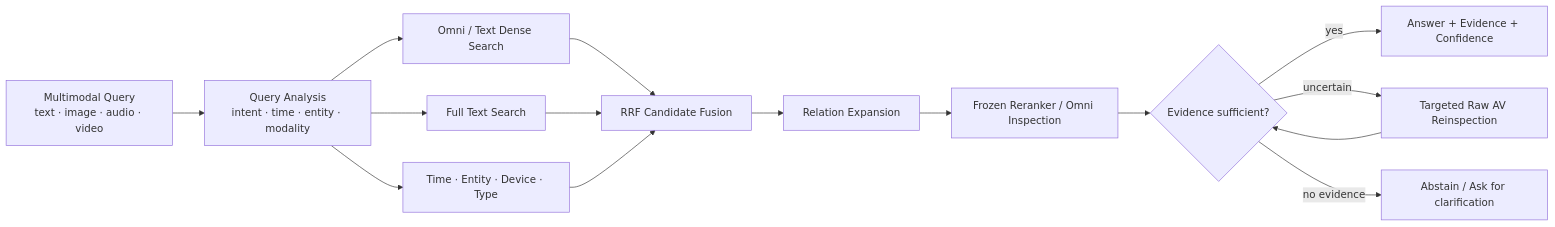
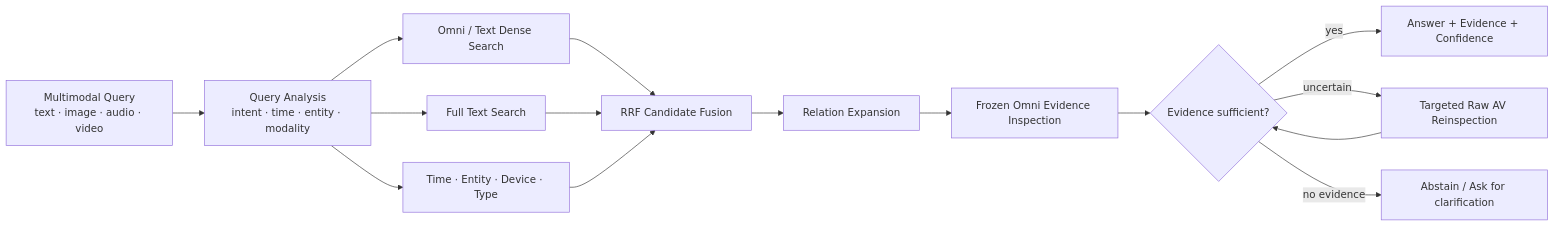
One commit to EventHorizon-Lab/MindBridge changed the third of 4 diagrams in docs/technical-architecture.md. Above: the diagram before and after it, drawn with Mermaid. The commit also changed other lines of this file and 16 other files, not shown here.

````diff
--- a/docs/technical-architecture.md
+++ b/docs/technical-architecture.md
@@ -590,27 +593,27 @@
 ```mermaid
 flowchart LR
     Q["Multimodal Query\ntext · image · audio · video"]
     PLAN["Query Analysis\nintent · time · entity · modality"]
     DENSE["Omni / Text Dense Search"]
     SPARSE["Full Text Search"]
     FILTER["Time · Entity · Device · Type"]
     GRAPH["Relation Expansion"]
     FUSE["RRF Candidate Fusion"]
-    RERANK["Frozen Reranker / Omni Inspection"]
+    INSPECT["Frozen Omni Evidence Inspection"]
     ENOUGH{"Evidence sufficient?"}
     REINSPECT["Targeted Raw AV Reinspection"]
     ANSWER["Answer + Evidence + Confidence"]
     ABSTAIN["Abstain / Ask for clarification"]
 
     Q --> PLAN
     PLAN --> DENSE
     PLAN --> SPARSE
     PLAN --> FILTER
     DENSE --> FUSE
     SPARSE --> FUSE
     FILTER --> FUSE
-    FUSE --> GRAPH --> RERANK --> ENOUGH
+    FUSE --> GRAPH --> INSPECT --> ENOUGH
     ENOUGH -->|"yes"| ANSWER
     ENOUGH -->|"uncertain"| REINSPECT --> ENOUGH
     ENOUGH -->|"no evidence"| ABSTAIN
 ```
````
